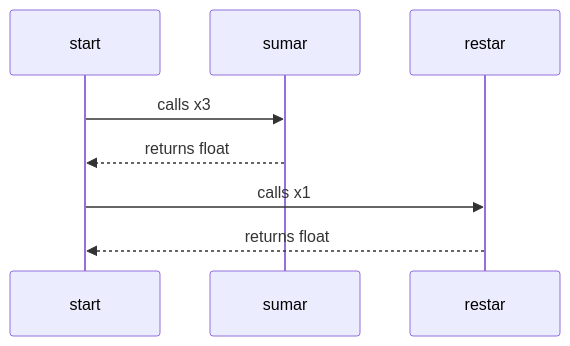
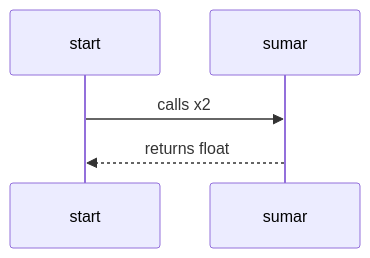
The diagram in docs/diagramadesecuencia.md (arielmeragelman/Alkemy-Unidad11), drawn with Mermaid before and after one commit. The commit also changed other lines of this file and 3 other files, not shown here.

````diff
--- a/docs/diagramadesecuencia.md
+++ b/docs/diagramadesecuencia.md
@@ -5,8 +5,6 @@
 ```mermaid
 sequenceDiagram
-  start->>sumar: calls x3
+  start->>sumar: calls x2
   sumar-->>start: returns float
-  start->>restar: calls x1
-  restar-->>start: returns float
 
 ```
````
